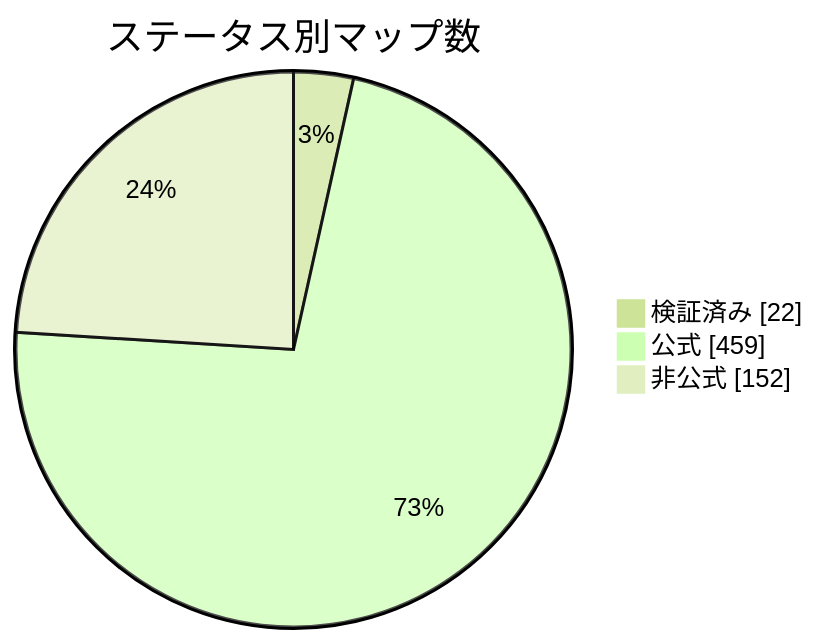
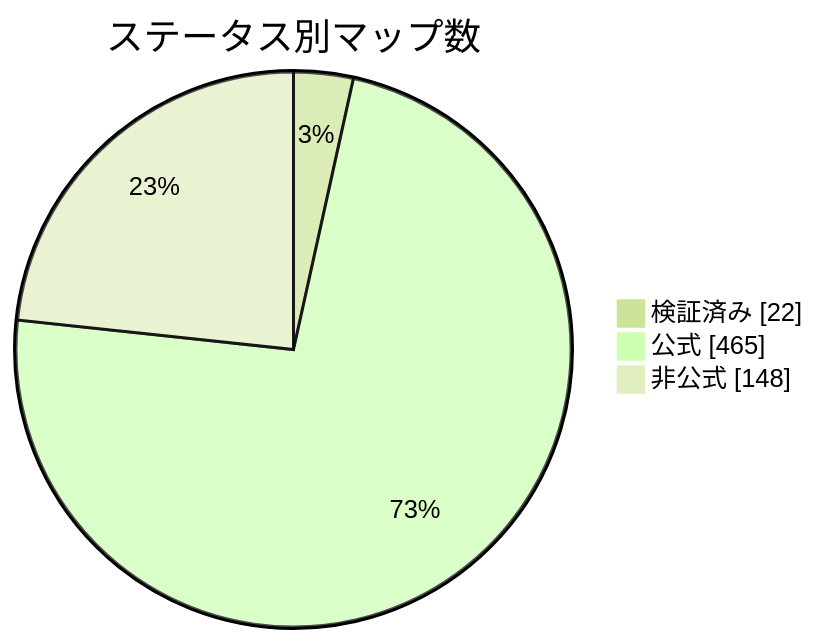
Before and after one commit to nobrega8/mbmap-library: the diagram in docs/readme/README_JP.md, drawn with Mermaid (forest theme). The commit also changed 4 other files, not shown here.

````diff
--- a/docs/readme/README_JP.md
+++ b/docs/readme/README_JP.md
@@ -54,7 +54,7 @@
 ```mermaid
 pie showData
     title ステータス別マップ数
     "検証済み" : 22
-    "公式" : 459
-    "非公式" : 152
+    "公式" : 465
+    "非公式" : 148
 ```
````
